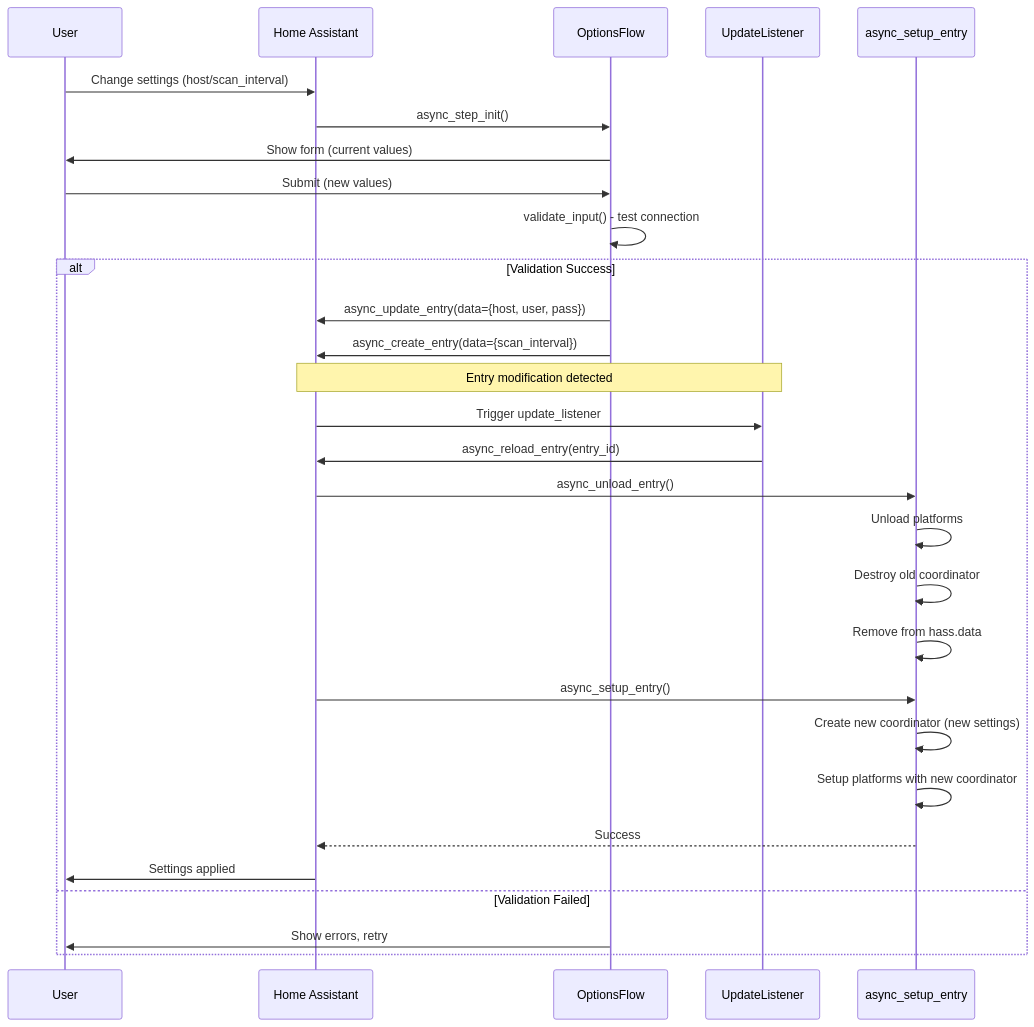
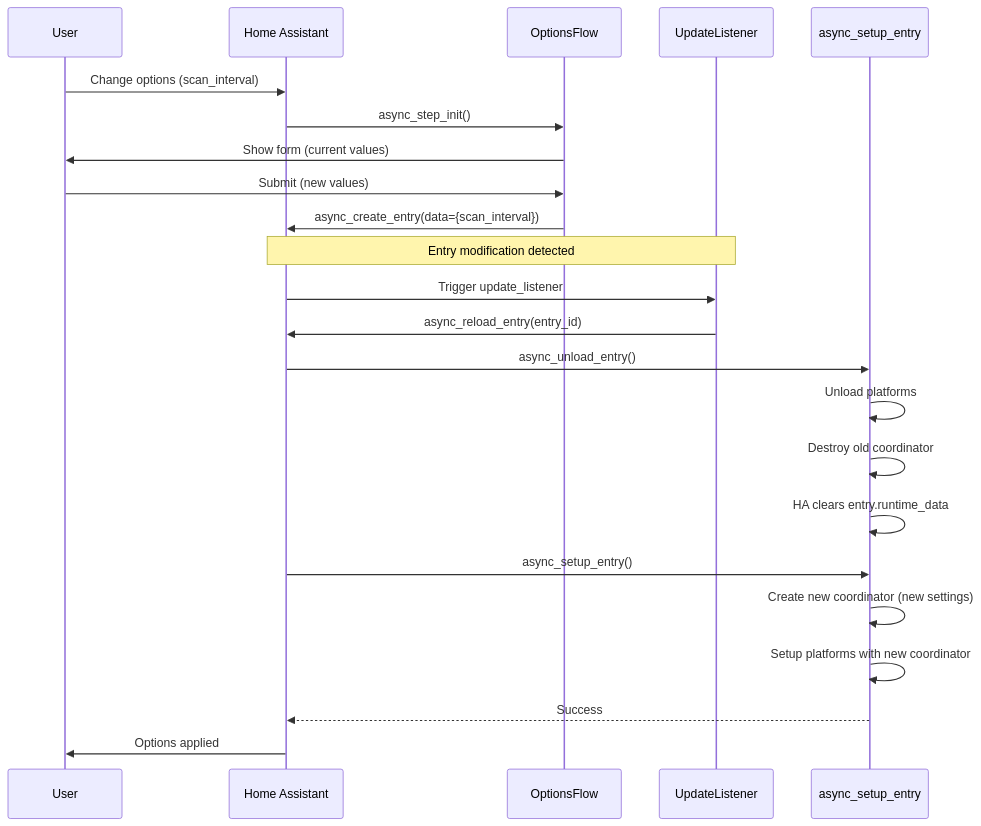
Before and after one commit to andijakl/nrgkick-homeassistant: the seventh of 7 diagrams in ARCHITECTURE.md, drawn with Mermaid. The commit also changed other lines of this file and 4 other files, not shown here.

````diff
--- a/ARCHITECTURE.md
+++ b/ARCHITECTURE.md
@@ -1026,38 +1042,32 @@
 ```mermaid
 sequenceDiagram
     participant User
     participant HA as Home Assistant
     participant Options as OptionsFlow
     participant Listener as UpdateListener
     participant Setup as async_setup_entry
 
-    User->>HA: Change settings (host/scan_interval)
+    User->>HA: Change options (scan_interval)
     HA->>Options: async_step_init()
     Options->>User: Show form (current values)
     User->>Options: Submit (new values)
-    Options->>Options: validate_input() - test connection
 
-    alt Validation Success
-        Options->>HA: async_update_entry(data={host, user, pass})
-        Options->>HA: async_create_entry(data={scan_interval})
+    Options->>HA: async_create_entry(data={scan_interval})
 
-        Note over HA,Listener: Entry modification detected
+    Note over HA,Listener: Entry modification detected
 
-        HA->>Listener: Trigger update_listener
-        Listener->>HA: async_reload_entry(entry_id)
+    HA->>Listener: Trigger update_listener
+    Listener->>HA: async_reload_entry(entry_id)
 
-        HA->>Setup: async_unload_entry()
-        Setup->>Setup: Unload platforms
-        Setup->>Setup: Destroy old coordinator
-        Setup->>Setup: Remove from hass.data
+    HA->>Setup: async_unload_entry()
+    Setup->>Setup: Unload platforms
+    Setup->>Setup: Destroy old coordinator
+    Setup->>Setup: HA clears entry.runtime_data
 
-        HA->>Setup: async_setup_entry()
-        Setup->>Setup: Create new coordinator (new settings)
-        Setup->>Setup: Setup platforms with new coordinator
-        Setup-->>HA: Success
+    HA->>Setup: async_setup_entry()
+    Setup->>Setup: Create new coordinator (new settings)
+    Setup->>Setup: Setup platforms with new coordinator
+    Setup-->>HA: Success
 
-        HA->>User: Settings applied
-    else Validation Failed
-        Options->>User: Show errors, retry
-    end
+    HA->>User: Options applied
 ```
````
